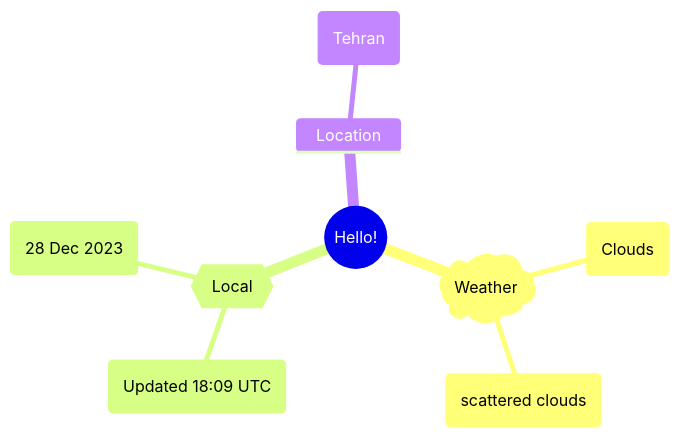
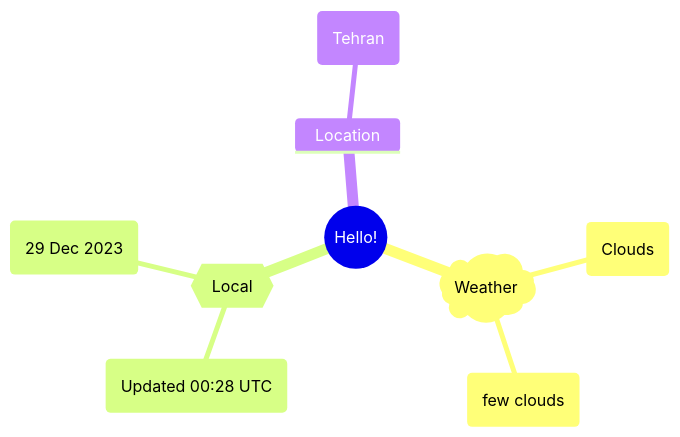
One commit to Xosrov/Xosrov changed the first of 2 diagrams in README.md. Above: the diagram before and after it, drawn with Mermaid.

Commit message:
[bot] updated images

````diff
--- a/README.md
+++ b/README.md
@@ -3,12 +3,12 @@
 ```mermaid
 mindmap
   root((Hello!))
     )Weather(
         (Clouds)
-        (scattered clouds)
+        (few clouds)
     {{Local}}
-        (Updated 18:09 UTC)
-        (28 Dec 2023)
+        (Updated 00:28 UTC)
+        (29 Dec 2023)
     Location
         (Tehran)
 ```
````
